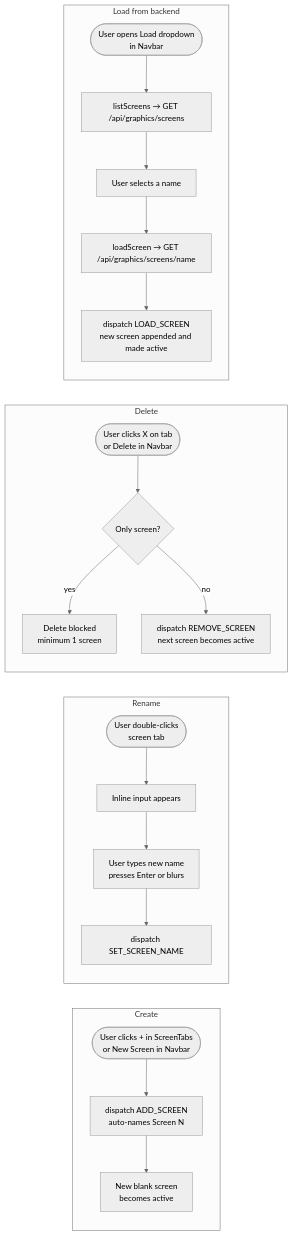
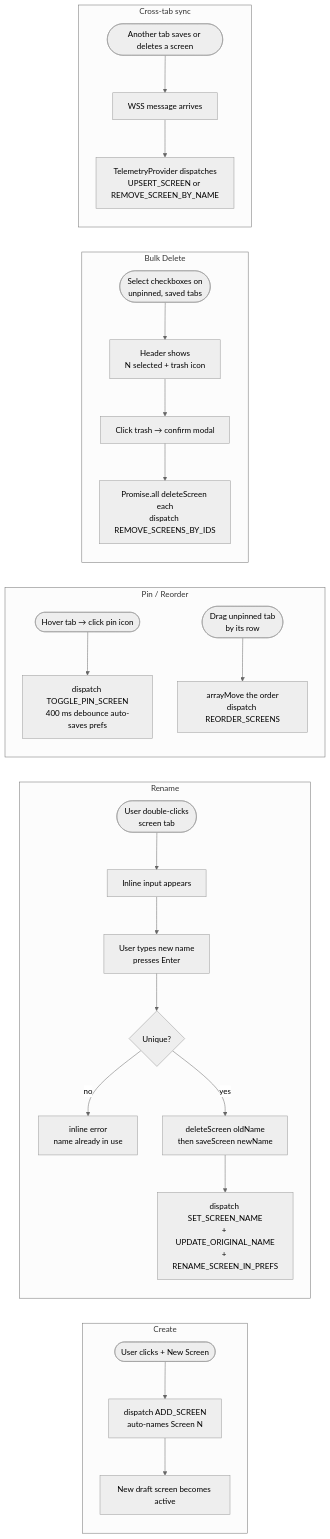
Before and after one commit to evilspoon13/track-web: the fifth of 7 diagrams in documentation/user-flows.md, drawn with Mermaid (neutral theme). The commit also changed other lines of this file and 36 other files, not shown here.

````diff
--- a/documentation/user-flows.md
+++ b/documentation/user-flows.md
@@ -108,26 +118,32 @@
 ```mermaid
 flowchart LR
     subgraph Create
-        A([User clicks + in ScreenTabs\nor New Screen in Navbar]) --> B[dispatch ADD_SCREEN\nauto-names Screen N]
-        B --> C[New blank screen\nbecomes active]
+        A([User clicks + New Screen]) --> B[dispatch ADD_SCREEN\nauto-names Screen N]
+        B --> C[New draft screen becomes active]
     end
 
     subgraph Rename
         D([User double-clicks\nscreen tab]) --> E[Inline input appears]
-        E --> F[User types new name\npresses Enter or blurs]
-        F --> G[dispatch SET_SCREEN_NAME]
+        E --> F[User types new name\npresses Enter]
+        F --> G{Unique?}
+        G -- no --> G2[inline error\nname already in use]
+        G -- yes --> H[deleteScreen oldName\nthen saveScreen newName]
+        H --> I[dispatch SET_SCREEN_NAME\n+ UPDATE_ORIGINAL_NAME\n+ RENAME_SCREEN_IN_PREFS]
     end
 
-    subgraph Delete
-        H([User clicks X on tab\nor Delete in Navbar]) --> I{Only screen?}
-        I -- yes --> J[Delete blocked\nminimum 1 screen]
-        I -- no --> K[dispatch REMOVE_SCREEN\nnext screen becomes active]
+    subgraph Pin / Reorder
+        J([Hover tab → click pin icon]) --> K[dispatch TOGGLE_PIN_SCREEN\n400 ms debounce auto-saves prefs]
+        L([Drag unpinned tab\nby its row]) --> M[arrayMove the order\ndispatch REORDER_SCREENS]
     end
 
-    subgraph Load from backend
-        L([User opens Load dropdown\nin Navbar]) --> M[listScreens → GET /api/graphics/screens]
-        M --> N[User selects a name]
-        N --> O[loadScreen → GET /api/graphics/screens/name]
-        O --> P[dispatch LOAD_SCREEN\nnew screen appended and made active]
+    subgraph Bulk Delete
+        N([Select checkboxes on\nunpinned, saved tabs]) --> O[Header shows\nN selected + trash icon]
+        O --> P[Click trash → confirm modal]
+        P --> Q[Promise.all deleteScreen each\ndispatch REMOVE_SCREENS_BY_IDS]
+    end
+
+    subgraph Cross-tab sync
+        R([Another tab saves or deletes a screen]) --> S[WSS message arrives]
+        S --> T[TelemetryProvider dispatches\nUPSERT_SCREEN or REMOVE_SCREEN_BY_NAME]
     end
 ```
````
